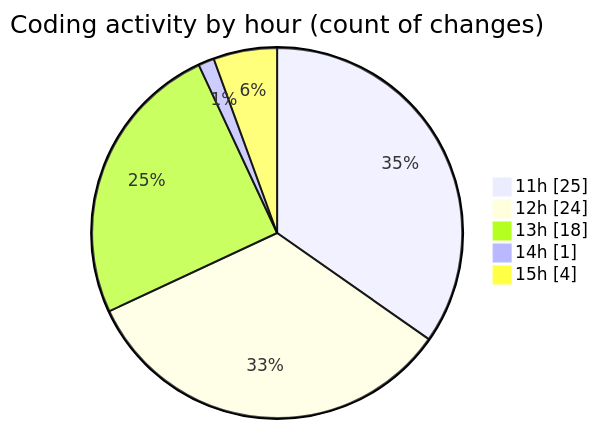
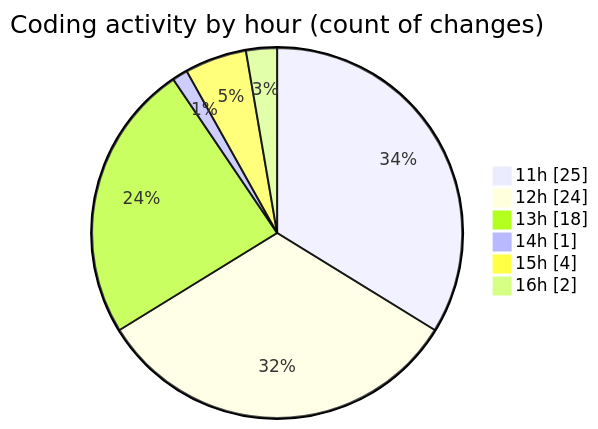
The second of 2 diagrams in 2025-04-12/myws__workspace_/README.md (MatusMokan/code-tracking), drawn with Mermaid before and after one commit. The commit also changed other lines of this file and 1 other file, not shown here.

````diff
--- a/2025-04-12/myws__workspace_/README.md
+++ b/2025-04-12/myws__workspace_/README.md
@@ -32,9 +32,10 @@
 ```mermaid
 pie showData
 title Coding activity by hour (count of changes)
 "11h" : 25
 "12h" : 24
 "13h" : 18
 "14h" : 1
 "15h" : 4
+"16h" : 2
 ```
````
